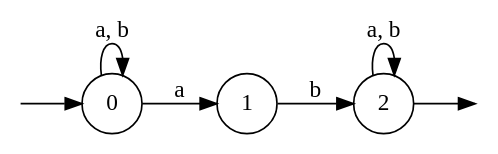
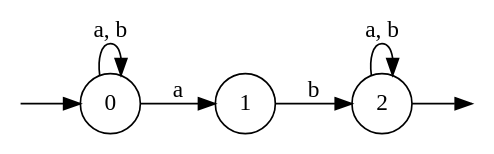
One commit to akimd/vcsn changed the diagram in share/vcsn/lal_char_b/a1.gv. Above: the diagram before and after it, drawn with Graphviz. The commit also changed 89 other files, not shown here.

```diff
--- a/share/vcsn/lal_char_b/a1.gv
+++ b/share/vcsn/lal_char_b/a1.gv
@@ -1,23 +1,23 @@
 // Automaton A_1, as described in TAFK1.pdf, p.12, Figure 1.2.
 digraph
 {
   vcsn_context = "lal_char(ab)_b"
   rankdir = LR
   {
-    node [style = invis, shape = none, label = "", width = 0, height = 0]
+    node [shape = point, width = 0]
     I0
     F2
   }
   {
     node [shape = circle]
     0
     1
     2
   }
   I0 -> 0
   0 -> 0 [label = "a, b"]
   0 -> 1 [label = "a"]
   1 -> 2 [label = "b"]
   2 -> F2
   2 -> 2 [label = "a, b"]
 }
```
